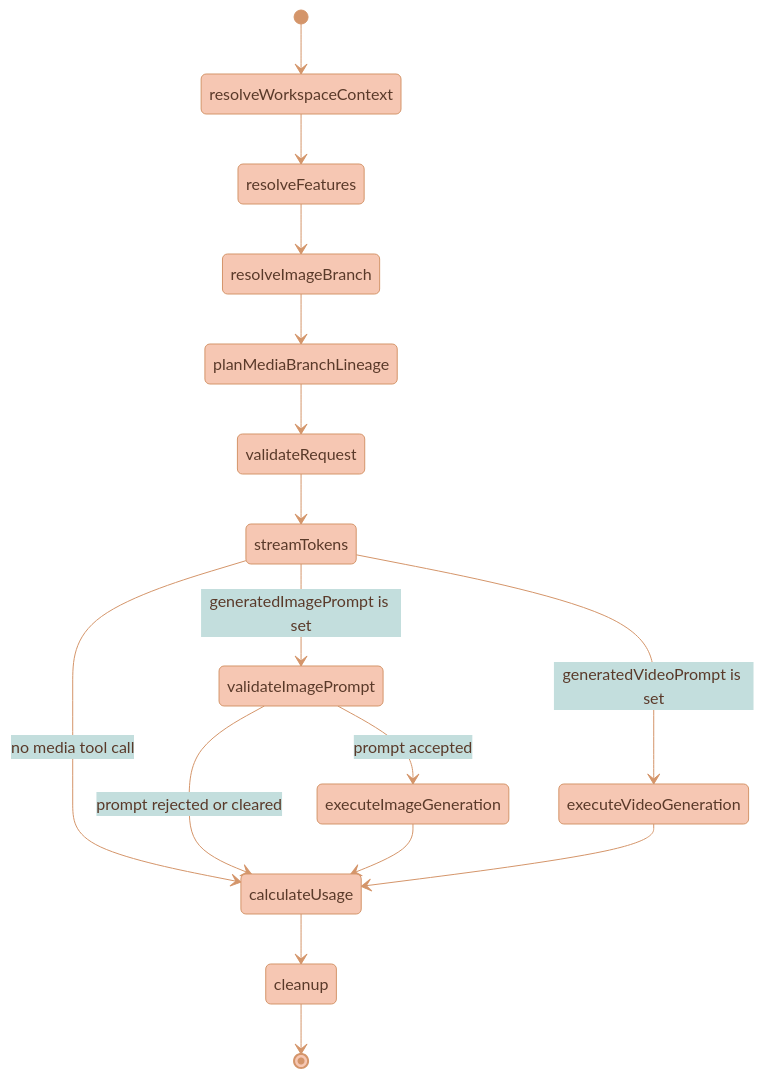
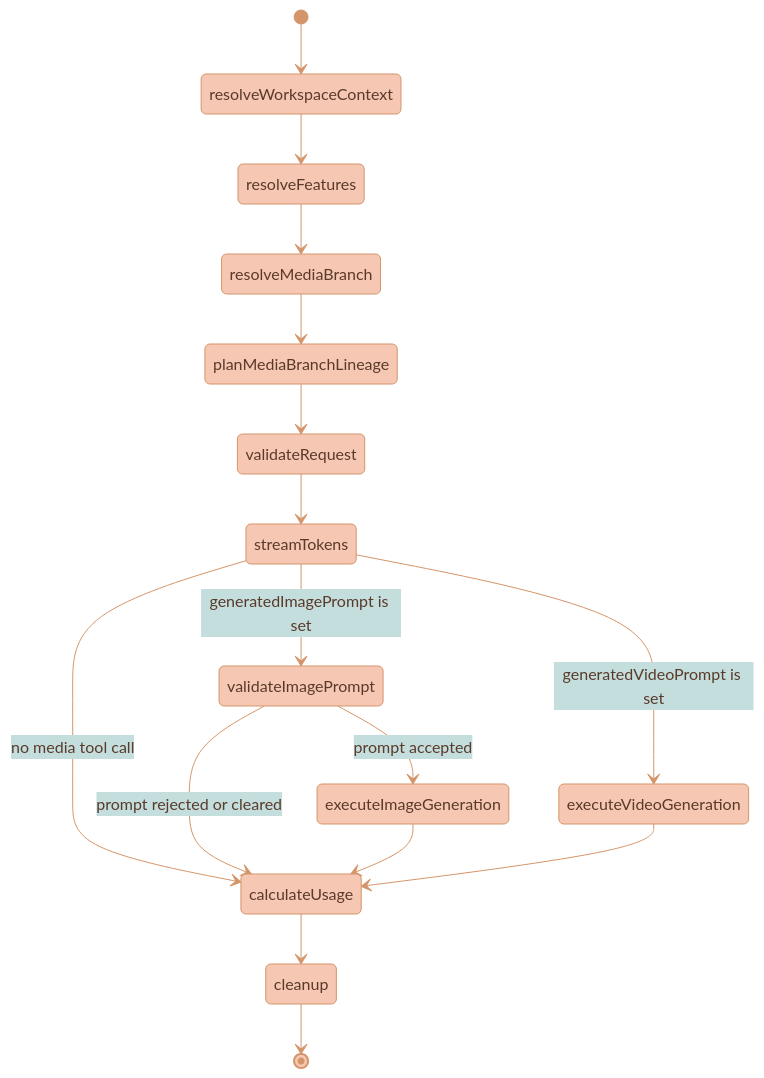
The first of 3 diagrams in documentation/platform/AI-GENERATION-PIPELINE.md (Lixpi/lixpi), drawn with Mermaid before and after one commit. The commit also changed other lines of this file and 40 other files, not shown here.

Commit message:
LIX-307 # Rename image-branch resolver to media-branch resolver for image/video parity

````diff
--- a/documentation/platform/AI-GENERATION-PIPELINE.md
+++ b/documentation/platform/AI-GENERATION-PIPELINE.md
@@ -22,23 +22,23 @@
 ```mermaid
 %%{init: {'theme': 'base', 'themeVariables': { 'primaryColor': '#F6C7B3', 'primaryTextColor': '#5a3a2a', 'primaryBorderColor': '#d4956a', 'secondaryColor': '#C3DEDD', 'secondaryTextColor': '#1a3a47', 'secondaryBorderColor': '#4a8a9d', 'tertiaryColor': '#DCECE9', 'tertiaryTextColor': '#1a3a47', 'tertiaryBorderColor': '#82B2C0', 'lineColor': '#d4956a', 'textColor': '#5a3a2a'}}}%%
 stateDiagram-v2
     [*] --> resolveWorkspaceContext
     resolveWorkspaceContext --> resolveFeatures
-    resolveFeatures --> resolveImageBranch
-    resolveImageBranch --> planMediaBranchLineage
+    resolveFeatures --> resolveMediaBranch
+    resolveMediaBranch --> planMediaBranchLineage
     planMediaBranchLineage --> validateRequest
     validateRequest --> streamTokens
 
     streamTokens --> executeVideoGeneration: generatedVideoPrompt is set
     streamTokens --> validateImagePrompt: generatedImagePrompt is set
     streamTokens --> calculateUsage: no media tool call
 
     validateImagePrompt --> executeImageGeneration: prompt accepted
     validateImagePrompt --> calculateUsage: prompt rejected or cleared
 
     executeImageGeneration --> calculateUsage
     executeVideoGeneration --> calculateUsage
 
     calculateUsage --> cleanup
     cleanup --> [*]
 ```
````
